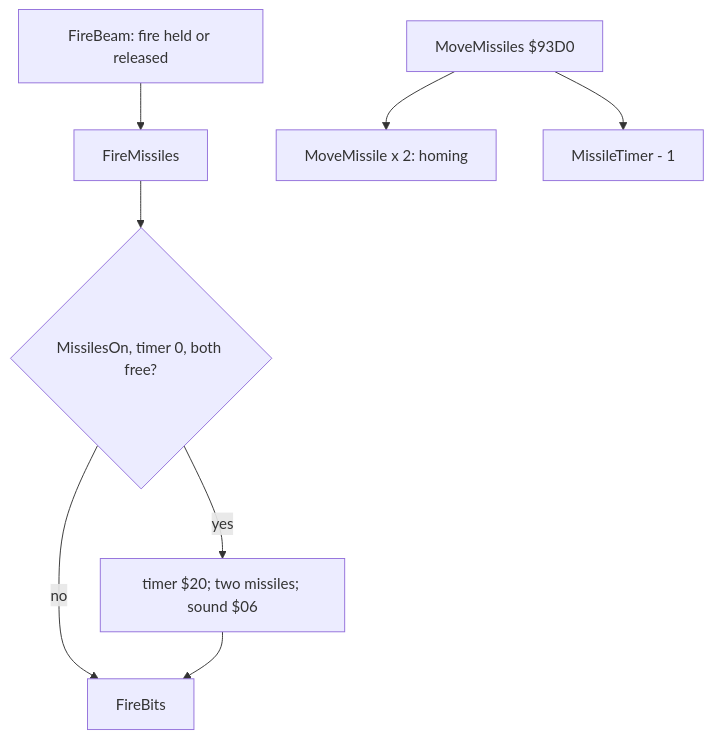
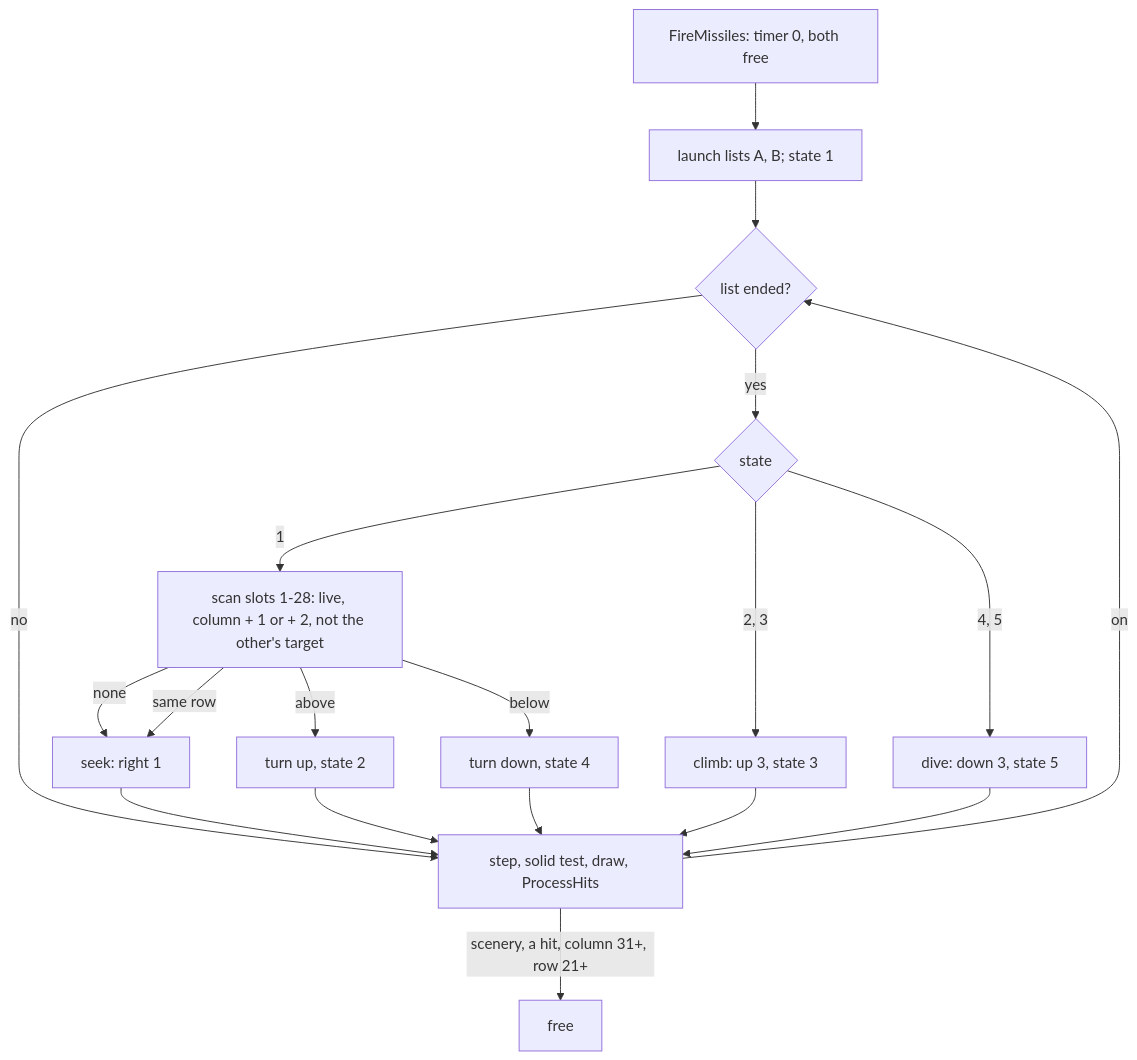
Before and after one commit to alfishe/unrealng-reverse-cases: the eighth of 15 diagrams in games/r-type/docs/10-gameplay-logic.md, drawn with Mermaid. The commit also changed other lines of this file and 22 other files, not shown here.

Commit message:
r-type: review round 2 fixes (39 findings; missile homing documented)

````diff
--- a/games/r-type/docs/10-gameplay-logic.md
+++ b/games/r-type/docs/10-gameplay-logic.md
@@ -695,10 +793,21 @@
 ```mermaid
 flowchart TD
-    F["FireMissiles"] --> O{"MissilesOn, timer 0, both free?"}
-    O -- "no" --> B["FireBits"]
-    O -- "yes" --> L["timer $20; two missiles; sound $06"]
-    L --> B
-    FB["FireBeam: fire held or released"] --> F
-    M["MoveMissiles $93D0"] --> S["MoveMissile x 2: homing"]
-    M --> T["MissileTimer - 1"]
+    F["FireMissiles: timer 0, both free"] --> L["launch lists A, B; state 1"]
+    L --> E{"list ended?"}
+    E -- "no" --> M["step, solid test, draw, ProcessHits"]
+    E -- "yes" --> S{"state"}
+    S -- "1" --> K["scan slots 1-28: live, column + 1 or + 2, not the other's target"]
+    K -- "none" --> R["seek: right 1"]
+    K -- "same row" --> R
+    K -- "above" --> U["turn up, state 2"]
+    K -- "below" --> D["turn down, state 4"]
+    S -- "2, 3" --> C["climb: up 3, state 3"]
+    S -- "4, 5" --> V["dive: down 3, state 5"]
+    R --> M
+    U --> M
+    D --> M
+    C --> M
+    V --> M
+    M -- "scenery, a hit, column 31+, row 21+" --> X["free"]
+    M -- "on" --> E
 ```
````
